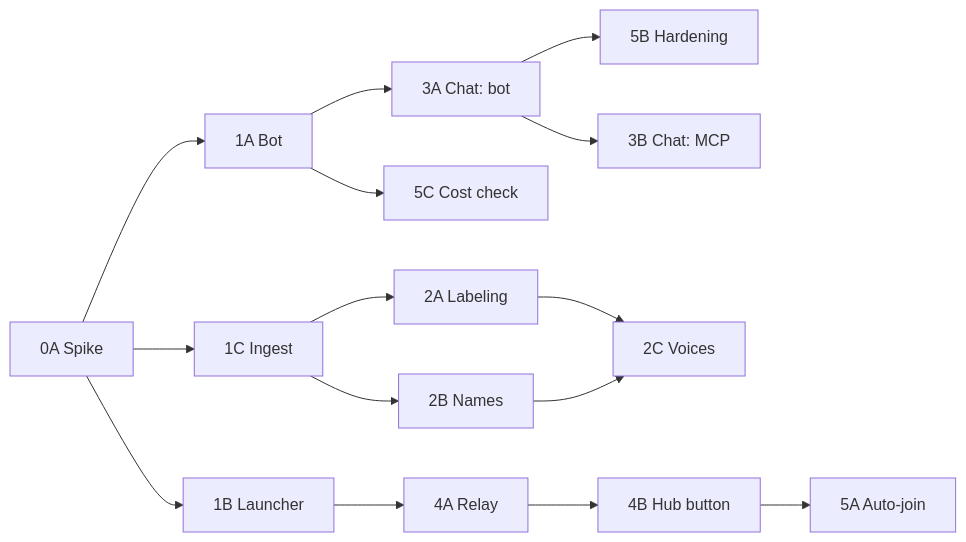
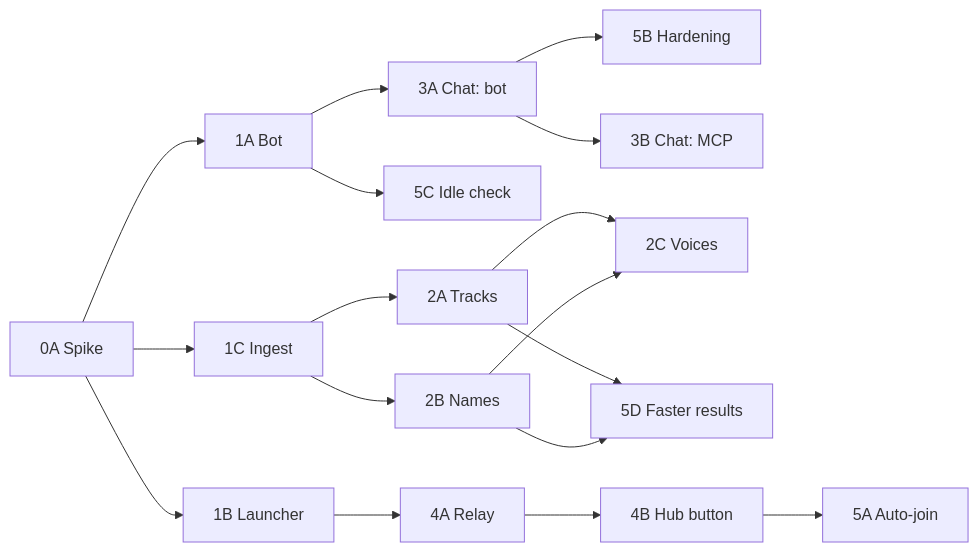
The second of 2 diagrams in docs/zoom-meeting-bot-plan.md (SDarioosh/Athena), drawn with Mermaid before and after one commit. The commit also changed other lines of this file and 1 other file, not shown here.

First line of the commit message:
docs: Zoom bot plan puts function first, keeps zero idle cost

````diff
--- a/docs/zoom-meeting-bot-plan.md
+++ b/docs/zoom-meeting-bot-plan.md
@@ -379,17 +395,19 @@
 ```mermaid
 flowchart LR
     s0A["0A Spike"] --> s1A["1A Bot"]
     s0A --> s1C["1C Ingest"]
     s0A --> s1B["1B Launcher"]
     s1A --> s3A["3A Chat: bot"]
-    s1A --> s5C["5C Cost check"]
+    s1A --> s5C["5C Idle check"]
     s3A --> s5B["5B Hardening"]
     s3A --> s3B["3B Chat: MCP"]
-    s1C --> s2A["2A Labeling"]
+    s1C --> s2A["2A Tracks"]
     s1C --> s2B["2B Names"]
     s2A --> s2C["2C Voices"]
     s2B --> s2C
+    s2A --> s5D["5D Faster results"]
+    s2B --> s5D
     s1B --> s4A["4A Relay"]
     s4A --> s4B["4B Hub button"]
     s4B --> s5A["5A Auto-join"]
 ```
````
